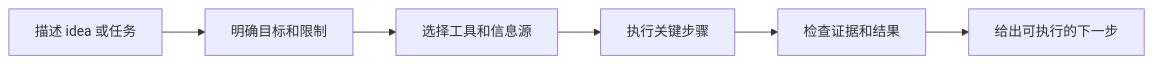
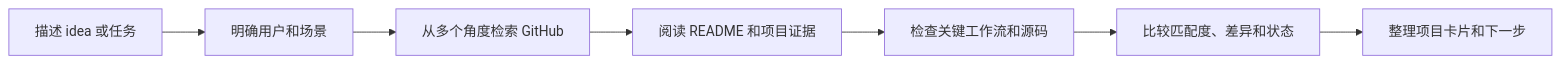
Before and after one commit to Ethan-Wang-dev/EW-Skills: the diagram in README.zh-CN.md, drawn with Mermaid. The commit also changed other lines of this file and 1 other file, not shown here.

````diff
--- a/README.zh-CN.md
+++ b/README.zh-CN.md
@@ -91,8 +102,9 @@
 ```mermaid
 flowchart LR
-    A[描述 idea 或任务] --> B[明确目标和限制]
-    B --> C[选择工具和信息源]
-    C --> D[执行关键步骤]
-    D --> E[检查证据和结果]
-    E --> F[给出可执行的下一步]
+    A[描述 idea 或任务] --> B[明确用户和场景]
+    B --> C[从多个角度检索 GitHub]
+    C --> D[阅读 README 和项目证据]
+    D --> E[检查关键工作流和源码]
+    E --> F[比较匹配度、差异和状态]
+    F --> G[整理项目卡片和下一步]
 ```
````
